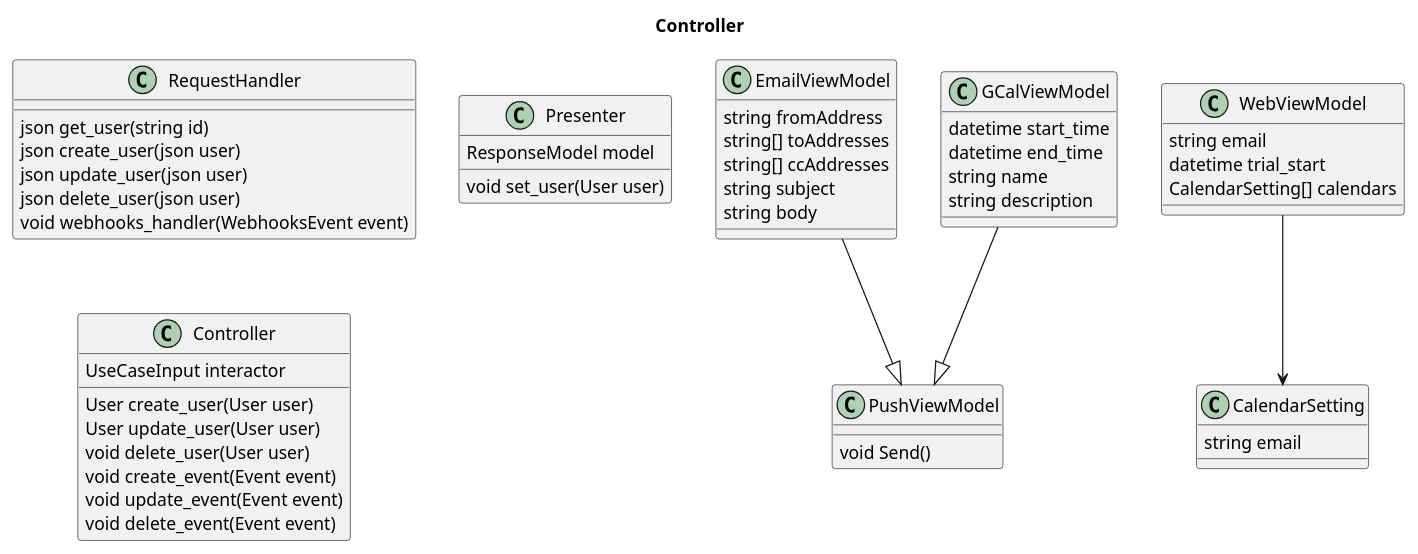
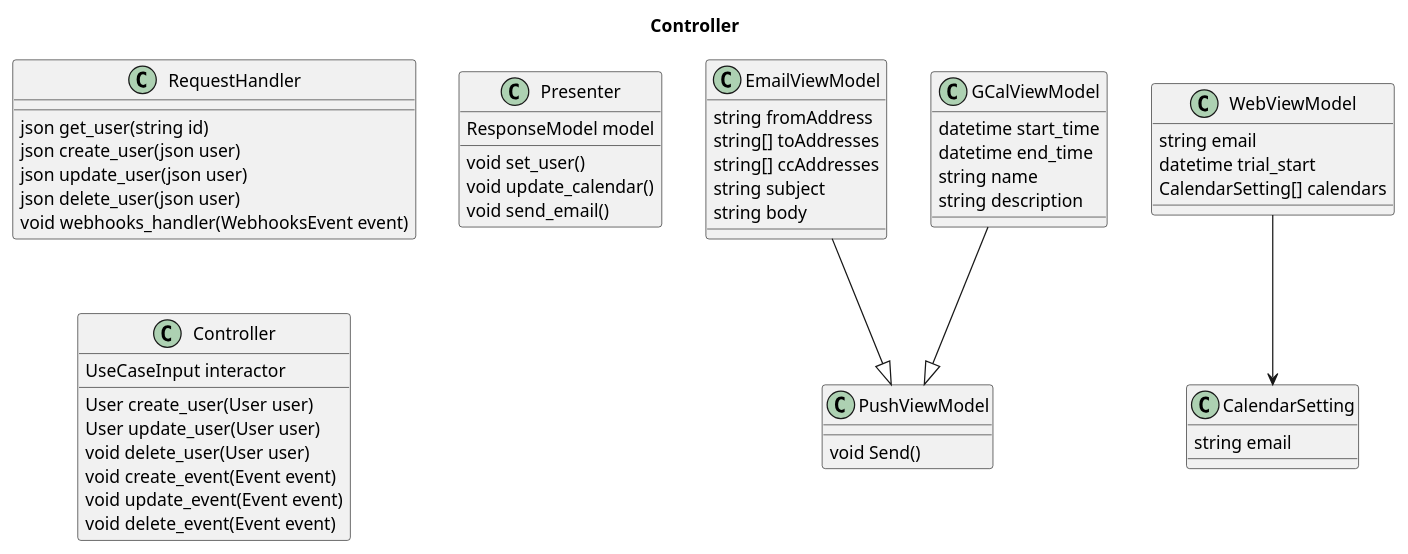
One commit to adhurjaty/procore-gcal changed the diagram in diagrams/controller.wsd. Above: the diagram before and after it, drawn with PlantUML. The commit also changed 2 other files, not shown here.

```diff
--- a/diagrams/controller.wsd
+++ b/diagrams/controller.wsd
@@ -1,61 +1,63 @@
 @startuml
 title Controller
 
 class PushViewModel {
     void Send()
 }
 
 class EmailViewModel {
     string fromAddress
     string[] toAddresses
     string[] ccAddresses
     string subject
     string body
 }
 
 class CalendarSetting {
     string email
 }
 
 class WebViewModel {
     string email
     datetime trial_start
     CalendarSetting[] calendars
 
 }
 
 class GCalViewModel {
     datetime start_time
     datetime end_time
     string name
     string description
 }
 
 class RequestHandler {
     json get_user(string id)
     json create_user(json user)
     json update_user(json user)
     json delete_user(json user)
     void webhooks_handler(WebhooksEvent event)
 }
 
 class Presenter {
     ResponseModel model
-    void set_user(User user)
+    void set_user()
+    void update_calendar()
+    void send_email()
 }
 
 class Controller {
     UseCaseInput interactor
     User create_user(User user)
     User update_user(User user)
     void delete_user(User user)
     void create_event(Event event)
     void update_event(Event event)
     void delete_event(Event event)
 }
 
 WebViewModel --> CalendarSetting
 GCalViewModel --|> PushViewModel
 EmailViewModel --|> PushViewModel
 
 @enduml
```
